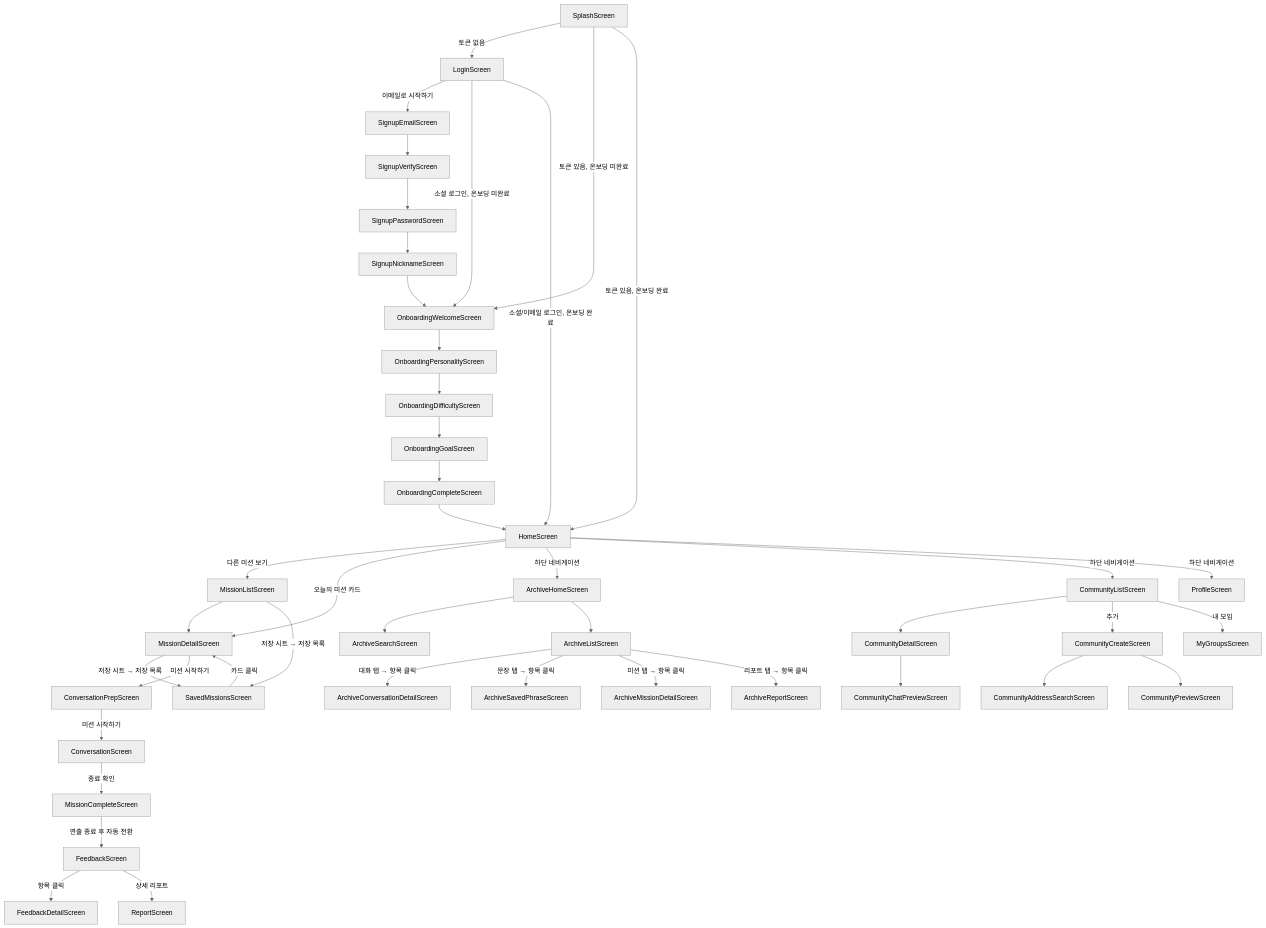
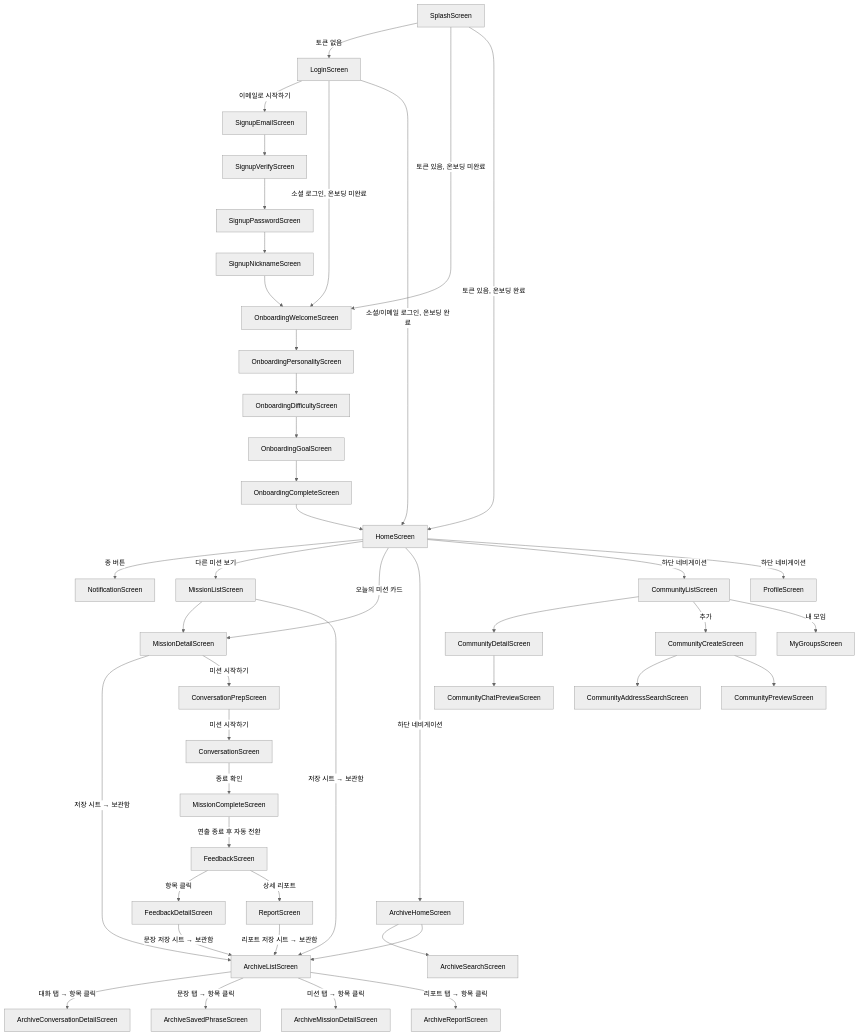
Before and after one commit to TalkQQuest/TalkQQuest-Android: the diagram in NAVIGATION.md, drawn with Mermaid (neutral theme). The commit also changed other lines of this file and 3 other files, not shown here.

````diff
--- a/NAVIGATION.md
+++ b/NAVIGATION.md
@@ -100,51 +106,53 @@
 ```mermaid
 flowchart TD
     Splash[SplashScreen] -->|토큰 없음| Login[LoginScreen]
     Splash -->|토큰 있음, 온보딩 미완료| OnboardWelcome[OnboardingWelcomeScreen]
     Splash -->|토큰 있음, 온보딩 완료| Home[HomeScreen]
 
     Login -->|이메일로 시작하기| SignupEmail[SignupEmailScreen]
     SignupEmail --> SignupVerify[SignupVerifyScreen]
     SignupVerify --> SignupPw[SignupPasswordScreen]
     SignupPw --> SignupNick[SignupNicknameScreen]
     SignupNick --> OnboardWelcome
     Login -->|소셜 로그인, 온보딩 미완료| OnboardWelcome
     Login -->|소셜/이메일 로그인, 온보딩 완료| Home
 
     OnboardWelcome --> OnboardPersonality[OnboardingPersonalityScreen]
     OnboardPersonality --> OnboardDifficulty[OnboardingDifficultyScreen]
     OnboardDifficulty --> OnboardGoal[OnboardingGoalScreen]
     OnboardGoal --> OnboardComplete[OnboardingCompleteScreen]
     OnboardComplete --> Home
 
+    Home -->|종 버튼| Notification[NotificationScreen]
     Home -->|다른 미션 보기| MissionList[MissionListScreen]
     Home -->|오늘의 미션 카드| MissionDetail[MissionDetailScreen]
     MissionList --> MissionDetail
-    MissionList -->|저장 시트 → 저장 목록| SavedMissions[SavedMissionsScreen]
-    MissionDetail -->|저장 시트 → 저장 목록| SavedMissions
-    SavedMissions -->|카드 클릭| MissionDetail
+    MissionList -->|저장 시트 → 보관함| ArchiveList
+    MissionDetail -->|저장 시트 → 보관함| ArchiveList
     MissionDetail -->|미션 시작하기| ConvPrep[ConversationPrepScreen]
     ConvPrep -->|미션 시작하기| Conversation[ConversationScreen]
     Conversation -->|종료 확인| MissionComplete[MissionCompleteScreen]
     MissionComplete -->|연출 종료 후 자동 전환| Feedback[FeedbackScreen]
     Feedback -->|항목 클릭| FeedbackDetail[FeedbackDetailScreen]
     Feedback -->|상세 리포트| Report[ReportScreen]
+    FeedbackDetail -->|문장 저장 시트 → 보관함| ArchiveList
+    Report -->|리포트 저장 시트 → 보관함| ArchiveList
 
     Home -->|하단 네비게이션| Archive[ArchiveHomeScreen]
     Home -->|하단 네비게이션| Community[CommunityListScreen]
     Home -->|하단 네비게이션| Profile[ProfileScreen]
 
     Archive --> ArchiveSearch[ArchiveSearchScreen]
     Archive --> ArchiveList[ArchiveListScreen]
     ArchiveList -->|대화 탭 → 항목 클릭| ArchiveConvDetail[ArchiveConversationDetailScreen]
     ArchiveList -->|문장 탭 → 항목 클릭| ArchiveSavedPhrase[ArchiveSavedPhraseScreen]
     ArchiveList -->|미션 탭 → 항목 클릭| ArchiveMissionDetail[ArchiveMissionDetailScreen]
     ArchiveList -->|리포트 탭 → 항목 클릭| ArchiveReport[ArchiveReportScreen]
 
     Community --> CommunityDetail[CommunityDetailScreen]
     CommunityDetail --> CommunityChatPreview[CommunityChatPreviewScreen]
     Community -->|추가| CommunityCreate[CommunityCreateScreen]
     CommunityCreate --> CommunityAddressSearch[CommunityAddressSearchScreen]
     CommunityCreate --> CommunityPreview[CommunityPreviewScreen]
     Community -->|내 모임| MyGroups[MyGroupsScreen]
 ```
````
